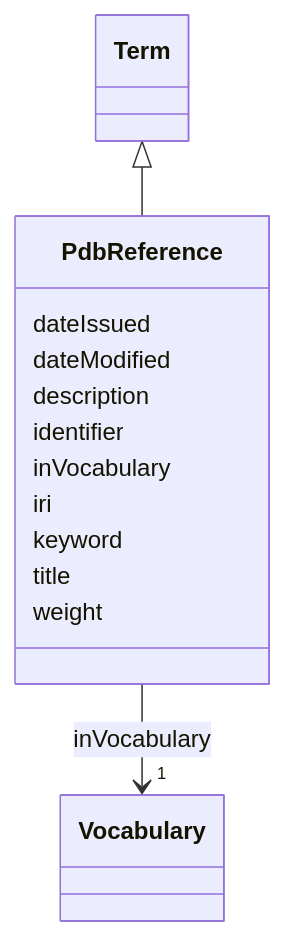
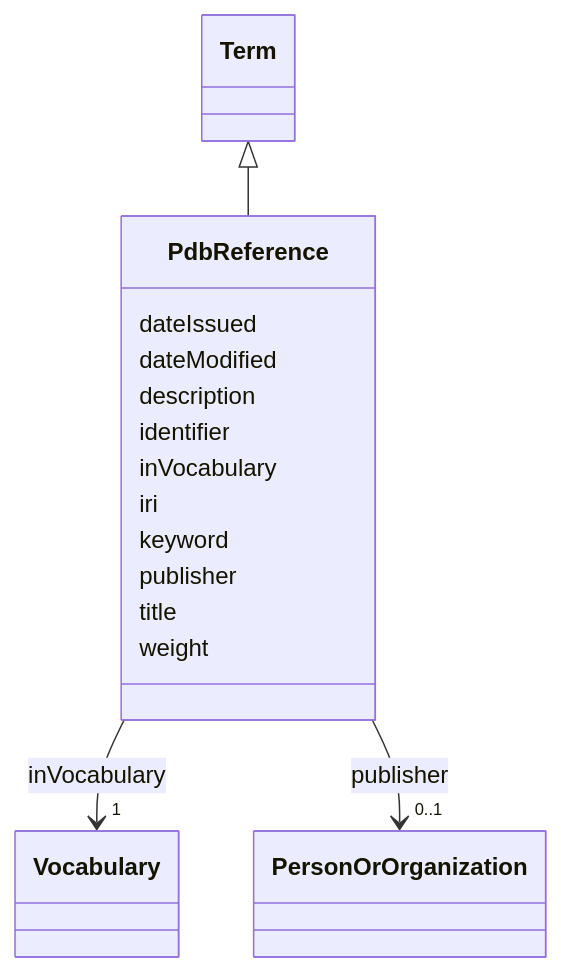
One commit to EVORA-project/evora-ontology changed the diagram in models/docs/PdbReference.md. Above: the diagram before and after it, drawn with Mermaid. The commit also changed other lines of this file and 468 other files, not shown here.

````diff
--- a/models/docs/PdbReference.md
+++ b/models/docs/PdbReference.md
@@ -19,34 +19,43 @@
 ```mermaid
  classDiagram
     class PdbReference
     click PdbReference href "../PdbReference"
       Term <|-- PdbReference
         click Term href "../Term"
       
       PdbReference : dateIssued
         
       PdbReference : dateModified
         
       PdbReference : description
         
       PdbReference : identifier
         
       PdbReference : inVocabulary
         
           
     
     
     PdbReference --> "1" Vocabulary : inVocabulary
     click Vocabulary href "../Vocabulary"
 
         
       PdbReference : iri
         
       PdbReference : keyword
         
+      PdbReference : publisher
+        
+          
+    
+    
+    PdbReference --> "0..1" PersonOrOrganization : publisher
+    click PersonOrOrganization href "../PersonOrOrganization"
+
+        
       PdbReference : title
         
       PdbReference : weight
         
       
 ```
````
